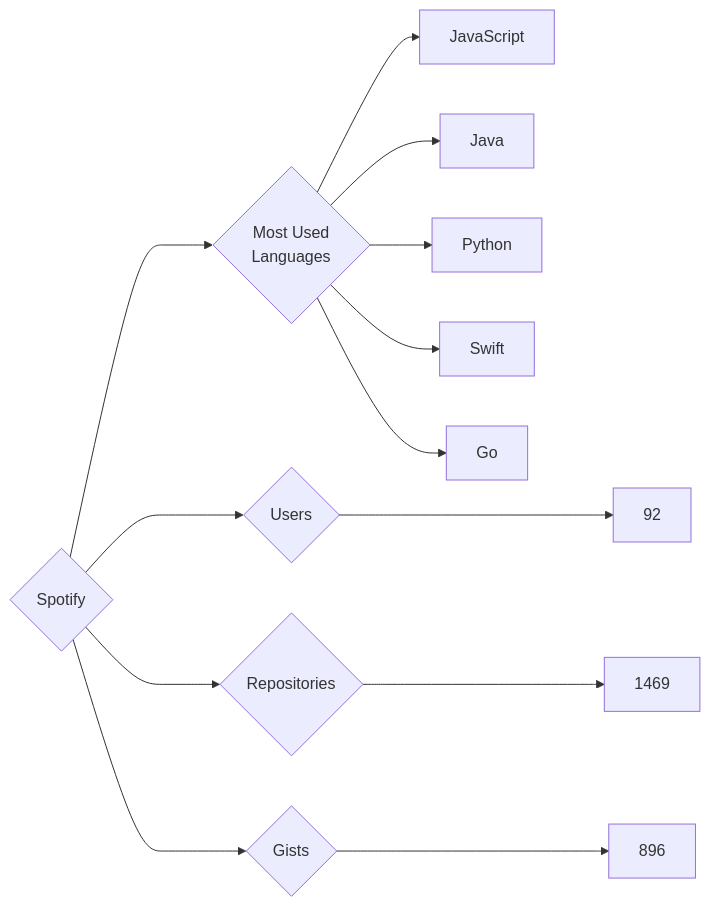
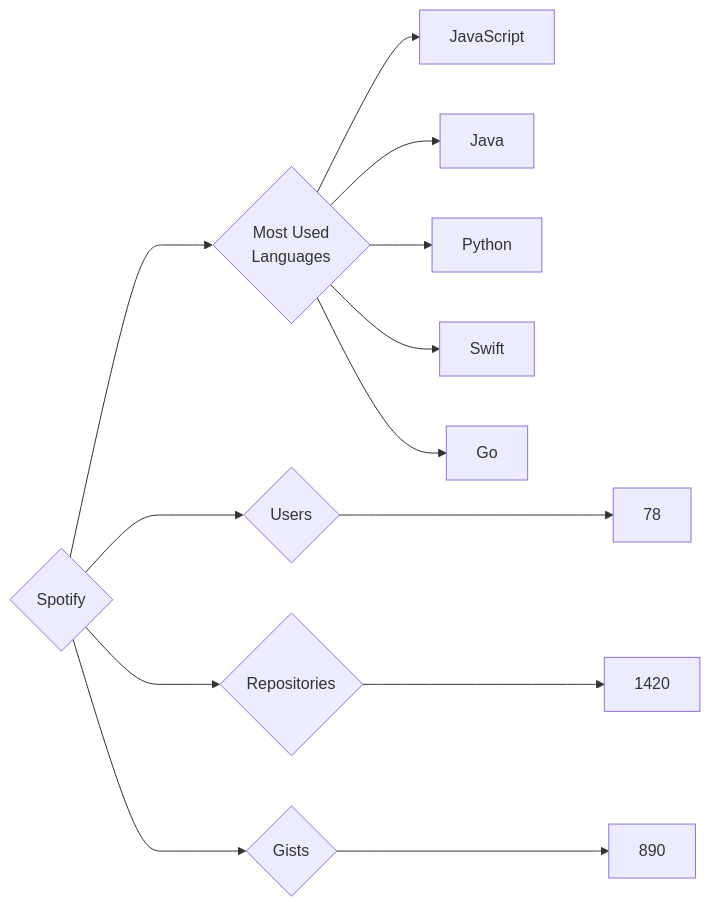
Before and after one commit to trickest/insiders: the diagram in targets/Spotify/README.md, drawn with Mermaid. The commit also changed 995 other files, not shown here.

````diff
--- a/targets/Spotify/README.md
+++ b/targets/Spotify/README.md
@@ -3,13 +3,13 @@
 ```mermaid
 graph LR
 COMPANY_NAME{Spotify}
-COMPANY_NAME ---> U{Users} ---> UN[92]
-COMPANY_NAME ---> R{Repositories} ---> RN[1469]
-COMPANY_NAME ---> G{Gists} ---> GN[896]
+COMPANY_NAME ---> U{Users} ---> UN[78]
+COMPANY_NAME ---> R{Repositories} ---> RN[1420]
+COMPANY_NAME ---> G{Gists} ---> GN[890]
 COMPANY_NAME ---> ML{Most Used<br>Languages}
 ML --> JavaScript[JavaScript]
 ML --> Java[Java]
 ML --> Python[Python]
 ML --> Swift[Swift]
 ML --> Go[Go]
 ```
````
